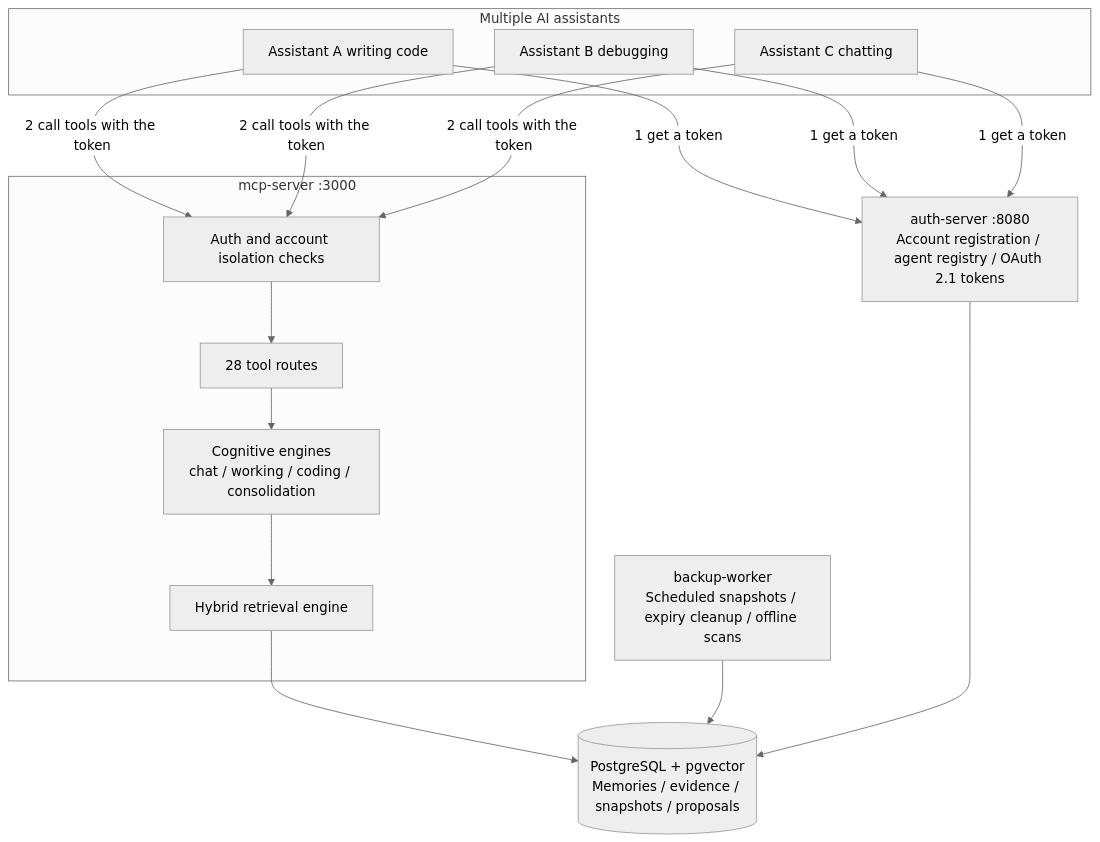
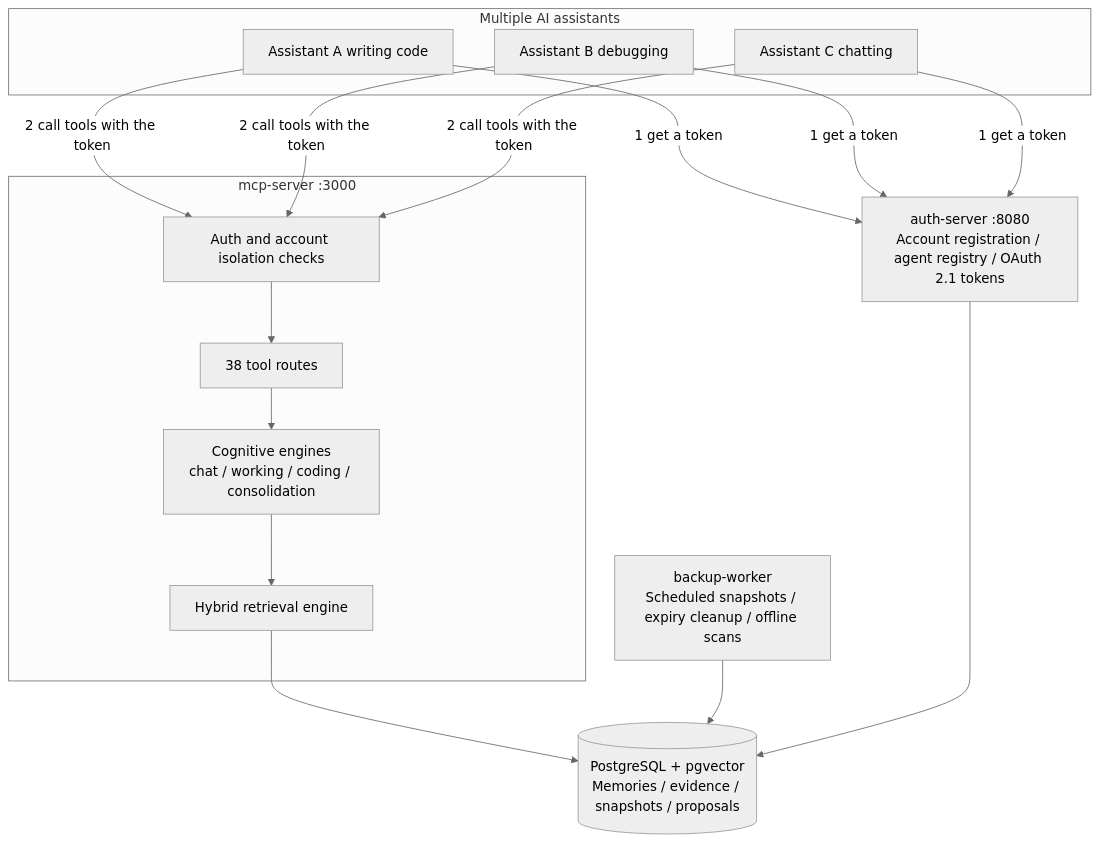
One commit to orderye/memory-hub changed the first of 2 diagrams in README.en.md. Above: the diagram before and after it, drawn with Mermaid (neutral theme). The commit also changed other lines of this file and 11 other files, not shown here.

````diff
--- a/README.en.md
+++ b/README.en.md
@@ -81,32 +81,32 @@
 ```mermaid
 flowchart TD
     subgraph Agents["Multiple AI assistants"]
         A1["Assistant A writing code"]
         A2["Assistant B debugging"]
         A3["Assistant C chatting"]
     end
 
     Auth["auth-server :8080<br/>Account registration / agent registry / OAuth 2.1 tokens"]
 
     subgraph Hub["mcp-server :3000"]
         Guard["Auth and account isolation checks"]
-        Tools["28 tool routes"]
+        Tools["38 tool routes"]
         Engines["Cognitive engines<br/>chat / working / coding / consolidation"]
         Search["Hybrid retrieval engine"]
         Guard --> Tools --> Engines
         Engines --> Search
     end
 
     Worker["backup-worker<br/>Scheduled snapshots / expiry cleanup / offline scans"]
     DB[("PostgreSQL + pgvector<br/>Memories / evidence / snapshots / proposals")]
 
     A1 -->|1 get a token| Auth
     A2 -->|1 get a token| Auth
     A3 -->|1 get a token| Auth
     A1 -->|2 call tools with the token| Guard
     A2 -->|2 call tools with the token| Guard
     A3 -->|2 call tools with the token| Guard
     Search --> DB
     Worker --> DB
     Auth --> DB
 ```
````
